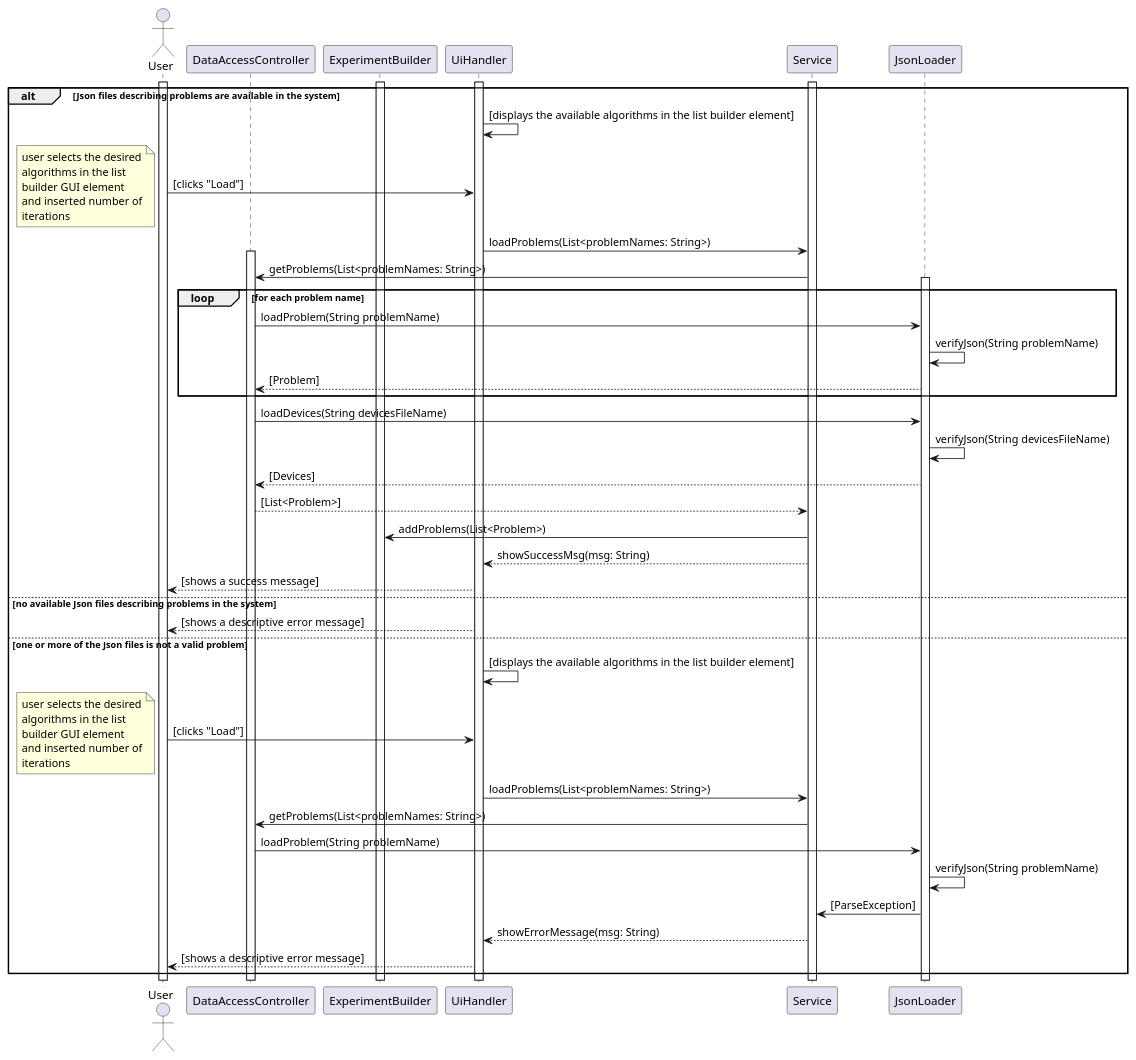
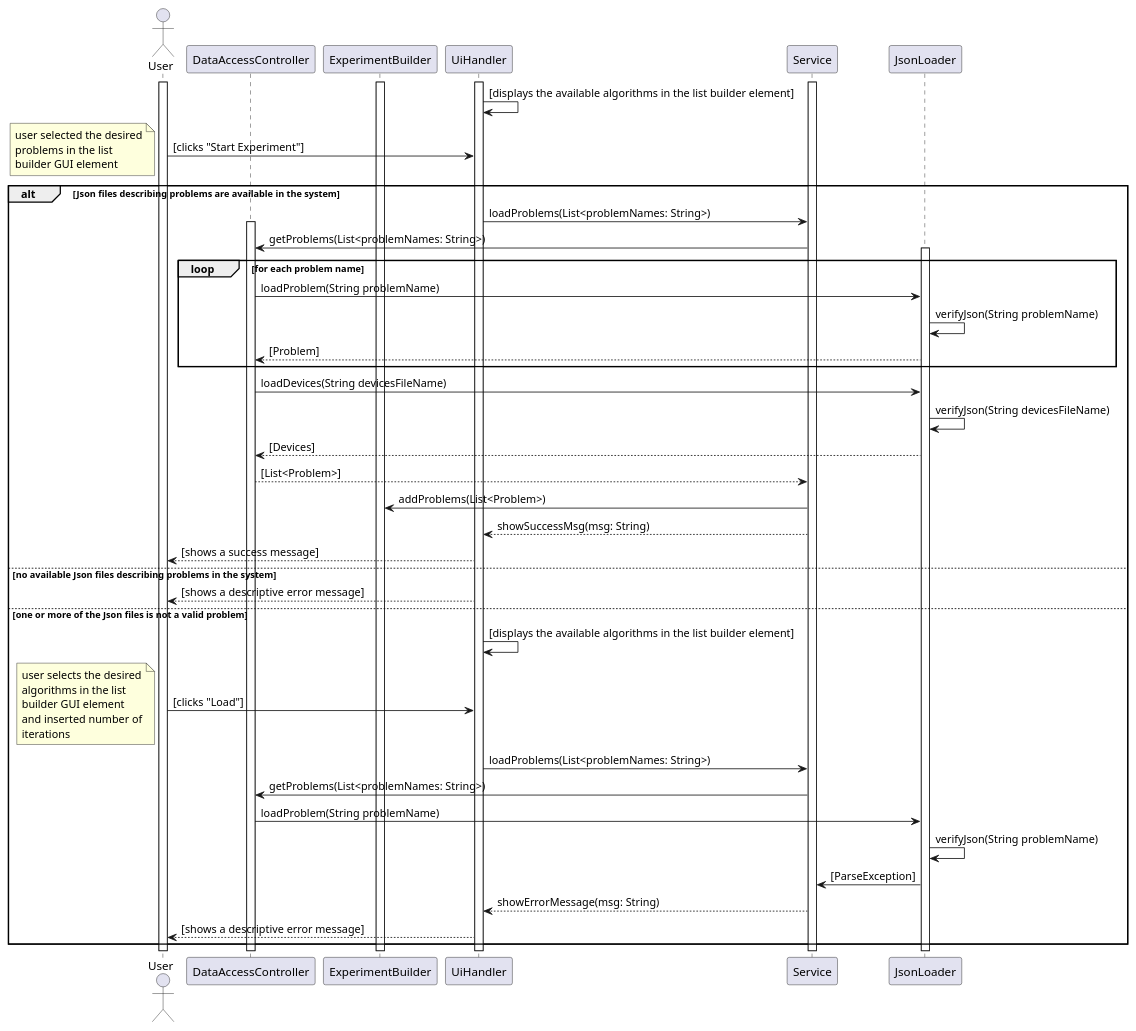
The diagram in Docs/Diagrams/behaviour diagrams/scripts/dataChooseSeq.puml (miamiHits/FinalProject), drawn with PlantUML before and after one commit. The commit also changed 9 other files, not shown here.

Commit message:
updated sequence diagrams

```diff
--- a/Docs/Diagrams/behaviour diagrams/scripts/dataChooseSeq.puml
+++ b/Docs/Diagrams/behaviour diagrams/scripts/dataChooseSeq.puml
@@ -1,75 +1,73 @@
 @startuml
 actor User as u
 participant DataAccessController as DAC
 participant ExperimentBuilder as EB
 
 activate u
 activate UiHandler
 activate Service
 activate EB
 
 
+UiHandler -> UiHandler : [displays the available algorithms in the list builder element]
+u -> UiHandler : [clicks "Start Experiment"]
 
 alt Json files describing problems are available in the system
 
-    UiHandler -> UiHandler : [displays the available algorithms in the list builder element]
-    u -> UiHandler : [clicks "Load"]
     note left
-        user selects the desired
-        algorithms in the list
+        user selected the desired
+        problems in the list
         builder GUI element
-        and inserted number of
-        iterations
     end note
 
     UiHandler -> Service : loadProblems(List<problemNames: String>)
 
     activate DAC
     Service -> DAC : getProblems(List<problemNames: String>)
 
     loop for each problem name
         activate JsonLoader
         DAC -> JsonLoader : loadProblem(String problemName)
         JsonLoader -> JsonLoader : verifyJson(String problemName)
         JsonLoader --> DAC : [Problem]
     end
 
     DAC -> JsonLoader : loadDevices(String devicesFileName)
     JsonLoader -> JsonLoader : verifyJson(String devicesFileName)
     JsonLoader --> DAC : [Devices]
 
     DAC -->Service : [List<Problem>]
     Service -> EB : addProblems(List<Problem>)
     Service --> UiHandler : showSuccessMsg(msg: String)
     UiHandler --> u : [shows a success message]
 
 else no available Json files describing problems in the system
 
     UiHandler --> u : [shows a descriptive error message]
 
 else one or more of the Json files is not a valid problem
 
     UiHandler -> UiHandler : [displays the available algorithms in the list builder element]
     u -> UiHandler : [clicks "Load"]
     note left
         user selects the desired
         algorithms in the list
         builder GUI element
         and inserted number of
         iterations
     end note
 
     UiHandler -> Service : loadProblems(List<problemNames: String>)
 
     Service -> DAC : getProblems(List<problemNames: String>)
 
     DAC -> JsonLoader : loadProblem(String problemName)
     JsonLoader -> JsonLoader : verifyJson(String problemName)
     JsonLoader -> Service : [ParseException]
     Service --> UiHandler : showErrorMessage(msg: String)
     UiHandler --> u : [shows a descriptive error message]
 end
 
 
 
 @enduml
```
